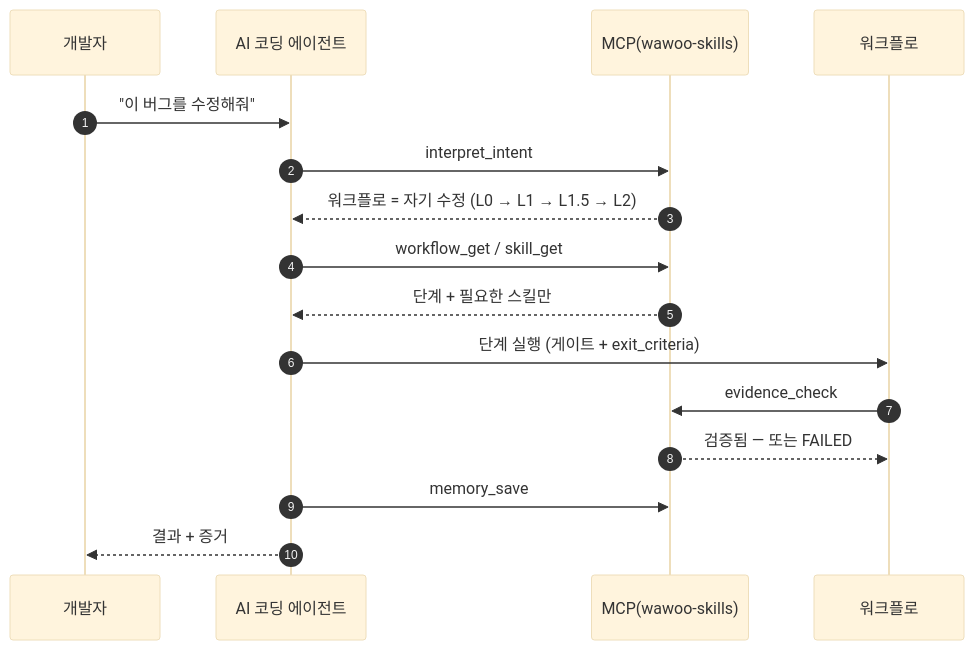
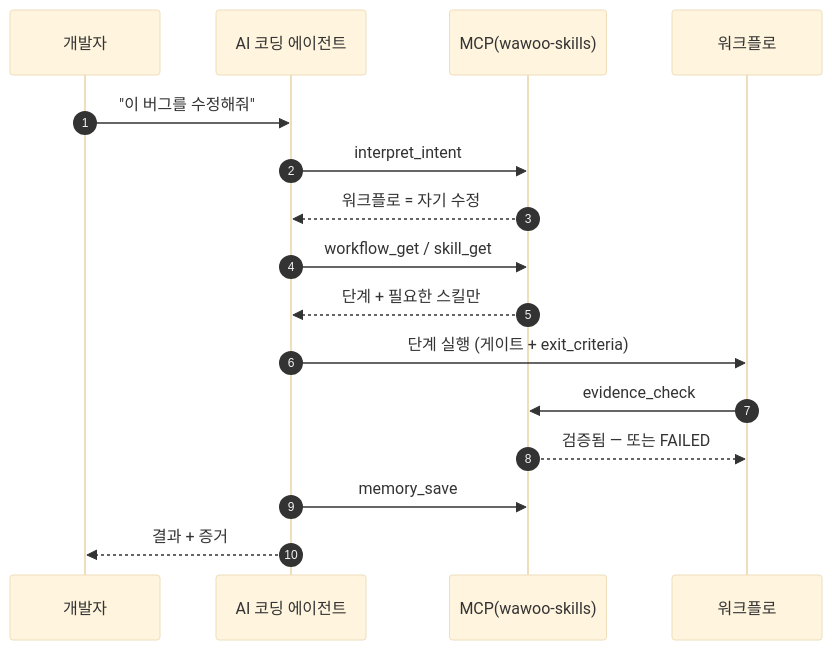
Before and after one commit to parkwoo/wawoo-agent-skills: the diagram in README.ko.md, drawn with Mermaid (base theme). The commit also changed 3 other files, not shown here.

Commit message:
docs: drop internal L0..L2 labels from the sequence diagram message

````diff
--- a/README.ko.md
+++ b/README.ko.md
@@ -62,18 +62,18 @@
 ```mermaid
 sequenceDiagram
     autonumber
     participant U as 개발자
     participant A as AI 코딩 에이전트
     participant M as MCP(wawoo-skills)
     participant W as 워크플로
     U->>A: "이 버그를 수정해줘"
     A->>M: interpret_intent
-    M-->>A: 워크플로 = 자기 수정 (L0 → L1 → L1.5 → L2)
+    M-->>A: 워크플로 = 자기 수정
     A->>M: workflow_get / skill_get
     M-->>A: 단계 + 필요한 스킬만
     A->>W: 단계 실행 (게이트 + exit_criteria)
     W->>M: evidence_check
     M-->>W: 검증됨 — 또는 FAILED
     A->>M: memory_save
     A-->>U: 결과 + 증거
 ```
````
